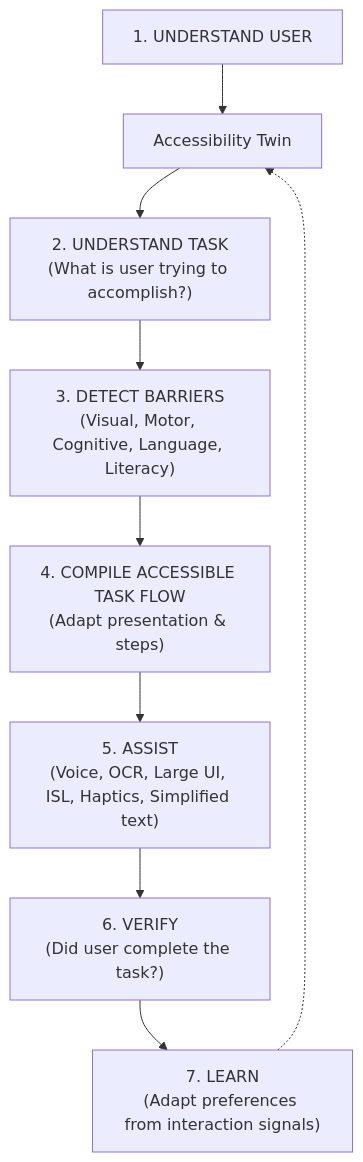
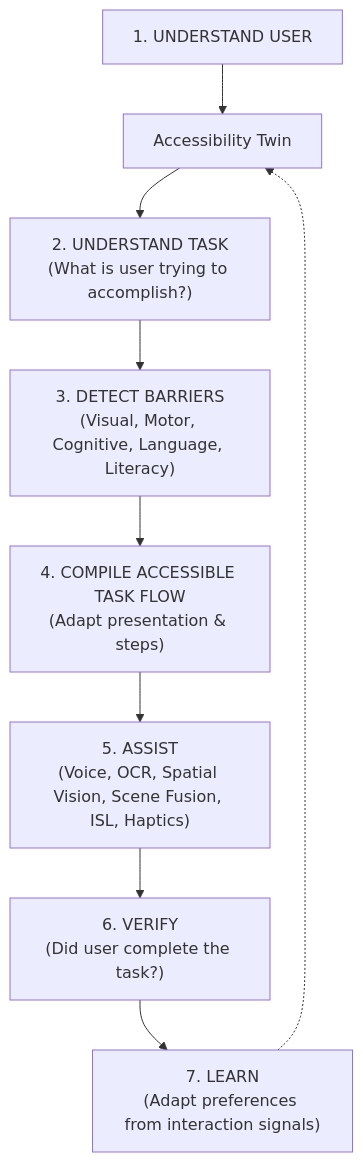
The diagram in docs/ARCHITECTURE.md (Satvik2Sharma/AccessIt), drawn with Mermaid before and after one commit. The commit also changed other lines of this file and 47 other files, not shown here.

Commit message:
feat(backend): implement full 7-stage orchestrator, modular routers, services, domain schemas & tests

````diff
--- a/docs/ARCHITECTURE.md
+++ b/docs/ARCHITECTURE.md
@@ -17,11 +17,11 @@
 ```mermaid
 graph TD
     A["1. UNDERSTAND USER"] --> B["Accessibility Twin"]
     B --> C["2. UNDERSTAND TASK<br/>(What is user trying to accomplish?)"]
     C --> D["3. DETECT BARRIERS<br/>(Visual, Motor, Cognitive, Language, Literacy)"]
     D --> E["4. COMPILE ACCESSIBLE TASK FLOW<br/>(Adapt presentation & steps)"]
-    E --> F["5. ASSIST<br/>(Voice, OCR, Large UI, ISL, Haptics, Simplified text)"]
+    E --> F["5. ASSIST<br/>(Voice, OCR, Spatial Vision, Scene Fusion, ISL, Haptics)"]
     F --> G["6. VERIFY<br/>(Did user complete the task?)"]
     G --> H["7. LEARN<br/>(Adapt preferences from interaction signals)"]
     H -.-> B
 ```
````
